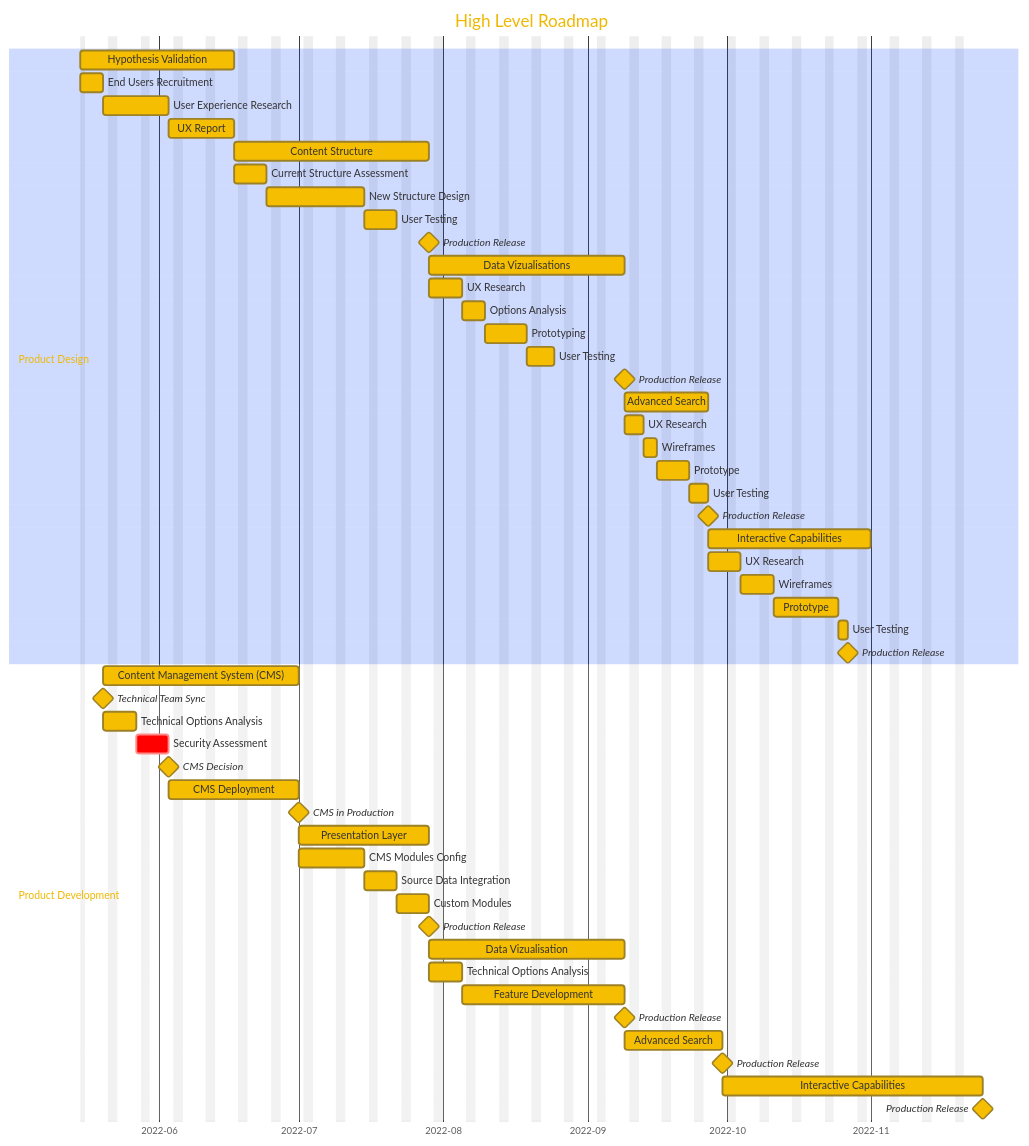
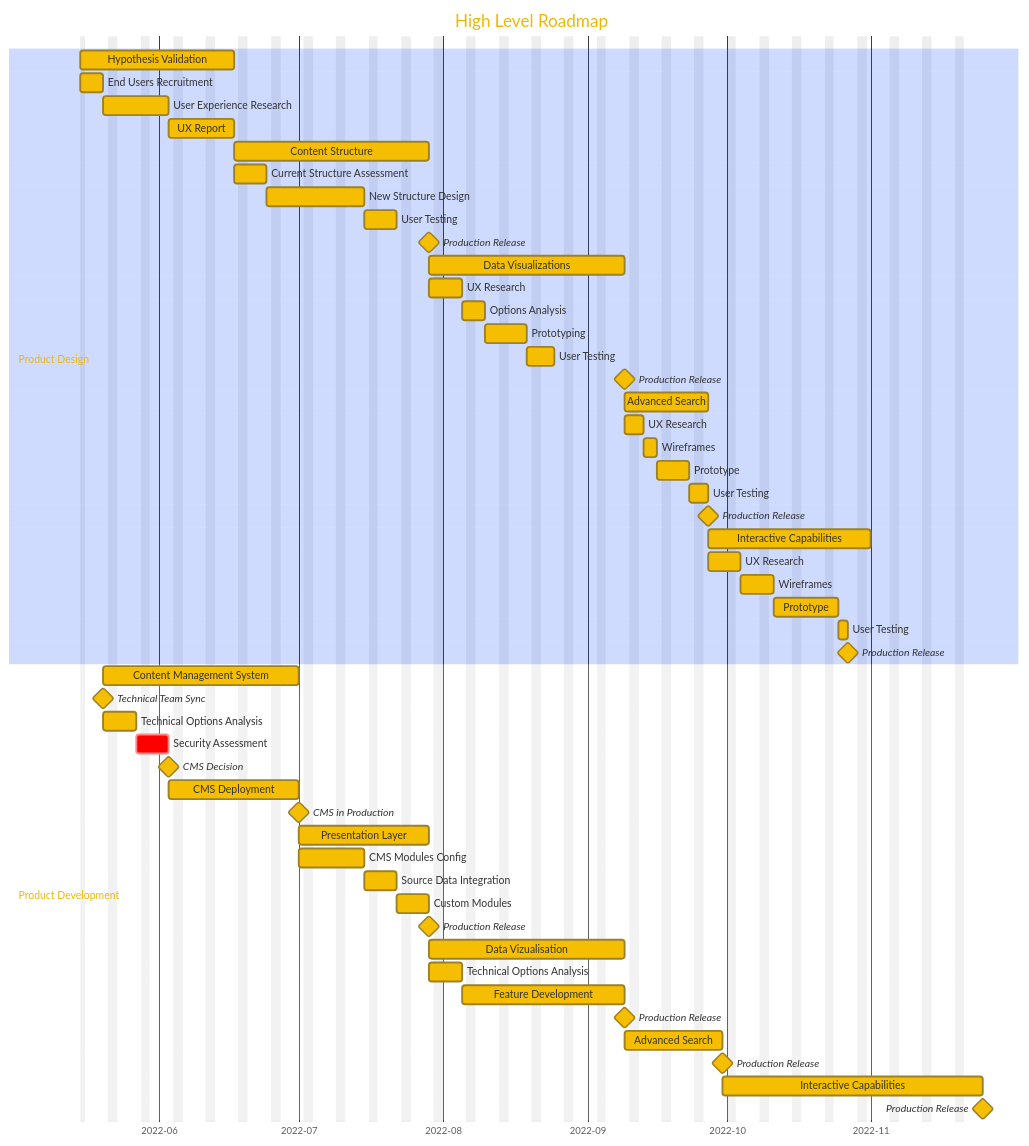
The diagram in base-product-roadmap.md (cds-snc/consultation-references), drawn with Mermaid before and after one commit. The commit also changed other lines of this file, not shown here.

````diff
--- a/base-product-roadmap.md
+++ b/base-product-roadmap.md
@@ -17,71 +17,71 @@
 ```mermaid
 %%{init: {'theme': 'base', 'themeVariables': { 'primaryColor': '#F6BE00' }, 'themeCSS': ".taskText { font-size:13px; font-weight: bold} .taskTextOutsideRight { font-size:13px; fill: #F6BE00; text-shadow: 1px 1px 1px black; font-weight: bold;} .taskTextOutsideLeft { font-size:13px; fill: #F6BE00; text-shadow: 0.5px 0.5px 0.5px black; font-weight: bold;} .section {opacity:0.05} "}}%%
 gantt
     title High Level Roadmap
     dateFormat  YYYY-MM-DD
     axisFormat  %Y-%m
     excludes    weekends
 
     section Product Design
 
     Hypothesis Validation               :  des1, 2022-05-15, 25d
     End Users Recruitment               :2022-05-15, 5d
     User Experience Research            :10d
     UX Report                           :10d
 
     Content Structure                   : des2, after des1,  30d
     Current Structure Assessment        :des2a, after des1, 5d
     New Structure Design                :15d
     User Testing                        :5d
     Production Release                  :milestone, mil1, after des2, 0d
     
-    Data Vizualisations             : des3, after mil1, 30d
+    Data Visualizations             : des3, after mil1, 30d
     UX Research                     :after mil1, 5d
     Options Analysis                :3d
     Prototyping                     :7d
     User Testing                    :4d
     Production Release              :milestone, mil2, after des3, 0d
     
     Advanced Search                 : des4, after des3, 12d
     UX Research                     :after des3, 2d
     Wireframes                      :3d
     Prototype                       :5d
     User Testing                    :2d
     Production Release              :milestone, 0d
 
     Interactive Capabilities            : des5, after des4, 25d
     UX Research                         :after des4, 5d
     Wireframes                          :5d
     Prototype                           :10d
     User Testing                        :2d
     Production Release                  :milestone, 0d
 
 
     section Product Development
 
-    Content Management System (CMS) : dev1, 2022-05-20, 30d
+    Content Management System : dev1, 2022-05-20, 30d
     Technical Team Sync: milestone, 2022-05-20, 0d
     Technical Options Analysis :2022-05-20, 5d
     Security Assessment          :crit,  5d
     CMS Decision: milestone, 0d
     CMS Deployment      : 20d
     CMS in Production: milestone, 0d
     
     Presentation Layer              : dev2, after dev1, 20d
     CMS Modules Config              :after dev1, 10d
     Source Data Integration         :5d
     Custom Modules                  :5d
     Production Release              :milestone, 0d
 
     Data Vizualisation              : dev3, after dev2, 30d
     Technical Options Analysis      :after dev2, 5d
     Feature Development             :25d
     Production Release              :milestone, 0d
 
     Advanced Search                 : dev4, after dev3, 15d
     Production Release              : milestone, 0d
 
     Interactive Capabilities        : dev5, after dev4, 40d
     Production Release              : milestone, 0d
     
 ```
````
